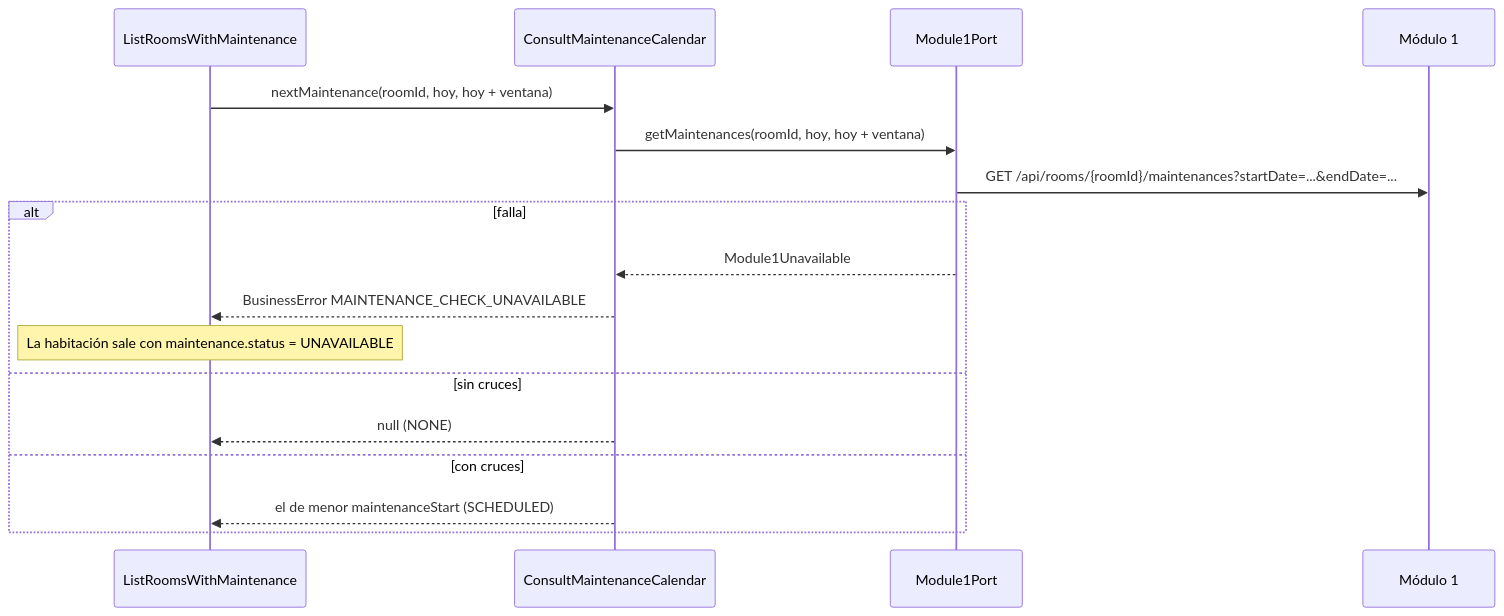
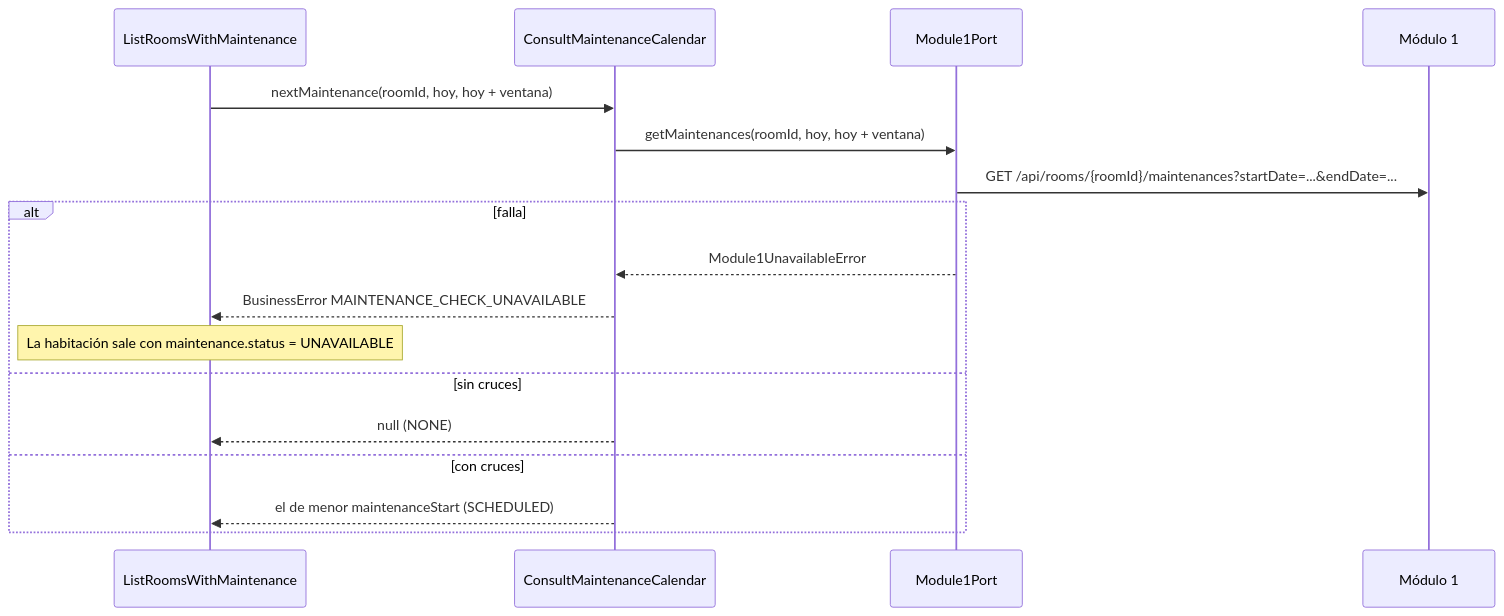
Before and after one commit to Lapicero312-lapi/HOSPITUA-MOD-2: the second of 2 diagrams in specs/consult-maintenance-calendar/plan.md, drawn with Mermaid. The commit also changed other lines of this file, not shown here.

First line of the commit message:
docs(specs): D1 y D2 usan los nombres reales de los errores de Module1Port (tarea #61)

````diff
--- a/specs/consult-maintenance-calendar/plan.md
+++ b/specs/consult-maintenance-calendar/plan.md
@@ -188,20 +188,20 @@
 ```mermaid
 sequenceDiagram
     participant S as ListRoomsWithMaintenance
     participant U as ConsultMaintenanceCalendar
     participant P as Module1Port
     participant M1 as Módulo 1
 
     S->>U: nextMaintenance(roomId, hoy, hoy + ventana)
     U->>P: getMaintenances(roomId, hoy, hoy + ventana)
     P->>M1: GET /api/rooms/{roomId}/maintenances?startDate=...&endDate=...
     alt falla
-        P-->>U: Module1Unavailable
+        P-->>U: Module1UnavailableError
         U-->>S: BusinessError MAINTENANCE_CHECK_UNAVAILABLE
         Note over S: La habitación sale con maintenance.status = UNAVAILABLE
     else sin cruces
         U-->>S: null (NONE)
     else con cruces
         U-->>S: el de menor maintenanceStart (SCHEDULED)
     end
 ```
````
